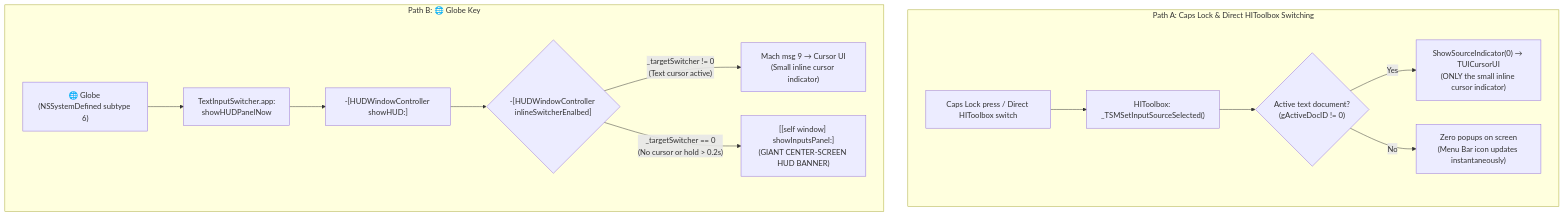
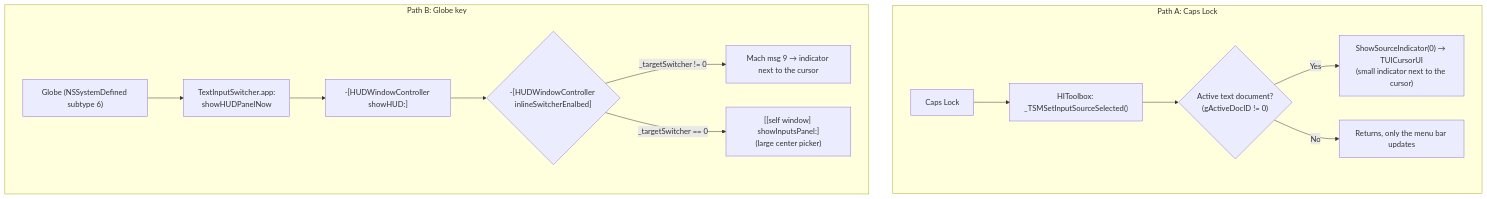
Before and after one commit to vldks/globe-switcher-macos: the first of 2 diagrams in README.md, drawn with Mermaid. The commit also changed other lines of this file and 1 other file, not shown here.

````diff
--- a/README.md
+++ b/README.md
@@ -106,17 +90,17 @@
 ```mermaid
 flowchart TD
-    subgraph PathA["Path A: Caps Lock & Direct HIToolbox Switching"]
-        CL["Caps Lock press / Direct HIToolbox switch"] --> HIT["HIToolbox: _TSMSetInputSourceSelected()"]
+    subgraph PathA["Path A: Caps Lock"]
+        CL["Caps Lock"] --> HIT["HIToolbox: _TSMSetInputSourceSelected()"]
         HIT --> CheckCursor{"Active text document?<br/>(gActiveDocID != 0)"}
-        CheckCursor -- "Yes" --> Inline["ShowSourceIndicator(0) → TUICursorUI<br/>(ONLY the small inline cursor indicator)"]
-        CheckCursor -- "No" --> MenuOnly["Zero popups on screen<br/>(Menu Bar icon updates instantaneously)"]
+        CheckCursor -- "Yes" --> Inline["ShowSourceIndicator(0) → TUICursorUI<br/>(small indicator next to the cursor)"]
+        CheckCursor -- "No" --> MenuOnly["Returns, only the menu bar updates"]
     end
 
-    subgraph PathB["Path B: 🌐 Globe Key"]
-        HK["🌐 Globe (NSSystemDefined subtype 6)"] --> TIS["TextInputSwitcher.app:<br/>showHUDPanelNow"]
+    subgraph PathB["Path B: Globe key"]
+        HK["Globe (NSSystemDefined subtype 6)"] --> TIS["TextInputSwitcher.app:<br/>showHUDPanelNow"]
         TIS --> ShowHUD["-[HUDWindowController showHUD:]"]
         ShowHUD --> InlineCheck{"-[HUDWindowController inlineSwitcherEnalbed]"}
-        InlineCheck -- "_targetSwitcher != 0<br/>(Text cursor active)" --> SendCursor["Mach msg 9 → Cursor UI<br/>(Small inline cursor indicator)"]
-        InlineCheck -- "_targetSwitcher == 0<br/>(No cursor or hold > 0.2s)" --> BigHUD["[[self window] showInputsPanel:]<br/>(GIANT CENTER-SCREEN HUD BANNER)"]
+        InlineCheck -- "_targetSwitcher != 0" --> SendCursor["Mach msg 9 → indicator next to the cursor"]
+        InlineCheck -- "_targetSwitcher == 0" --> BigHUD["[[self window] showInputsPanel:]<br/>(large center picker)"]
     end
 ```
````
